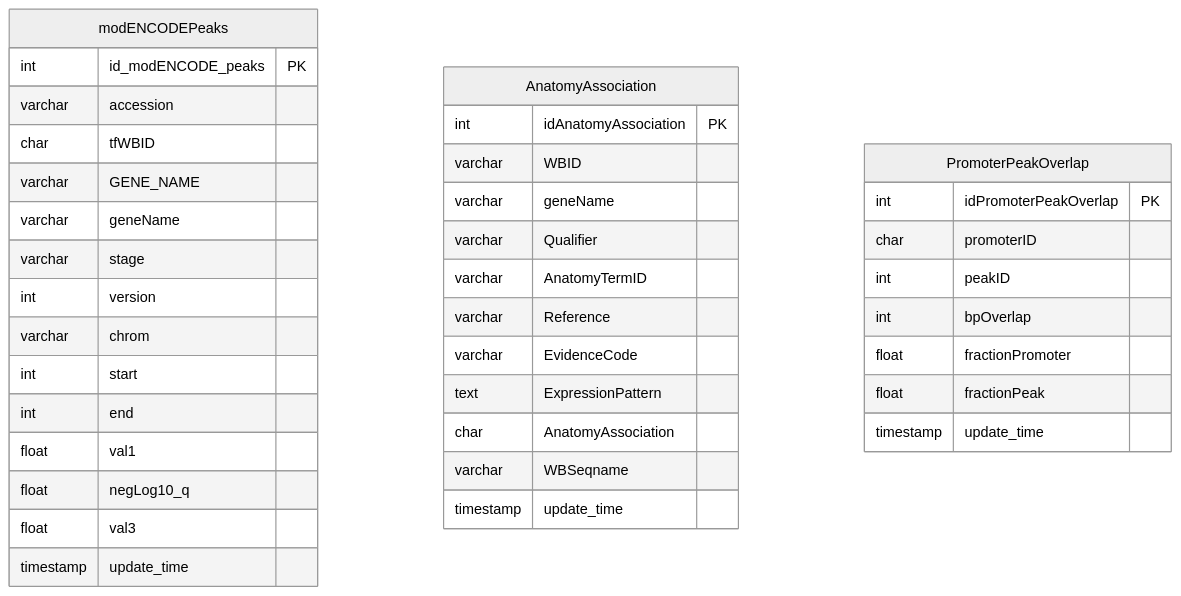
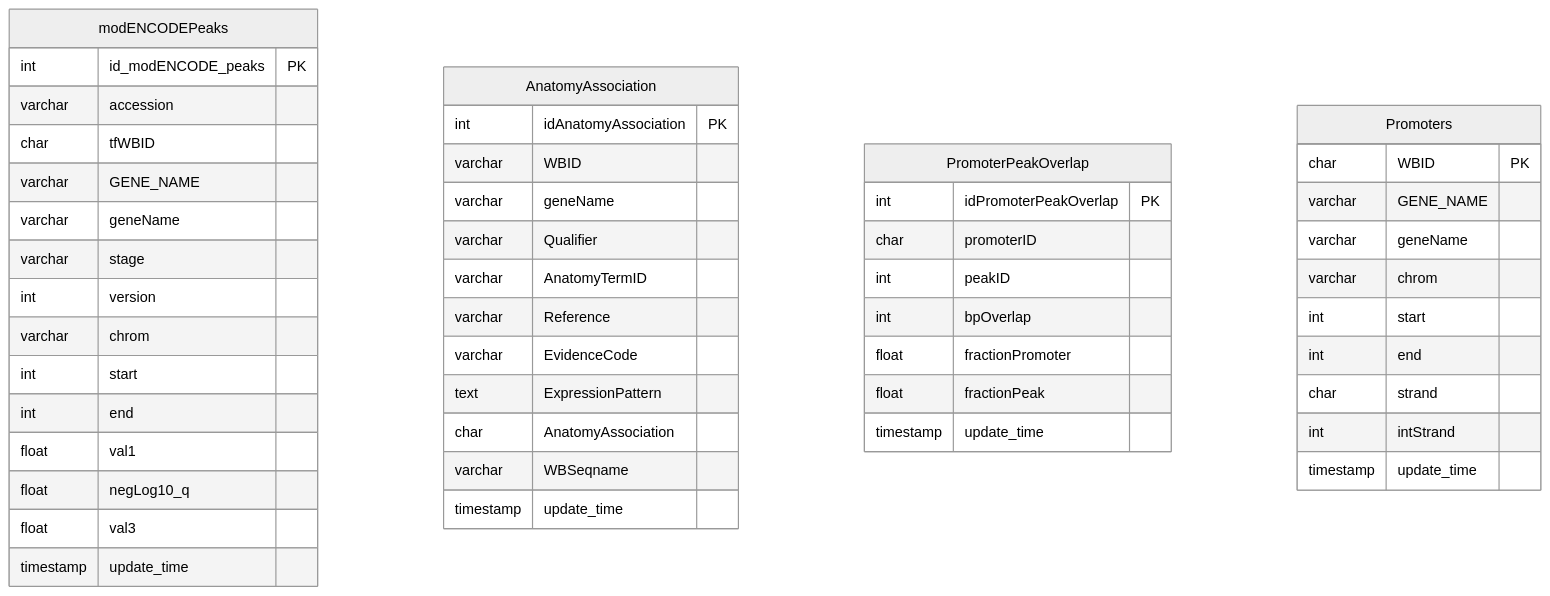
One commit to meekrob/OnishRDB changed the fourth of 4 diagrams in README.md. Above: the diagram before and after it, drawn with Mermaid (neutral theme).

````diff
--- a/README.md
+++ b/README.md
@@ -273,44 +273,57 @@
 ```mermaid
 erDiagram
 
 modENCODEPeaks {
 int id_modENCODE_peaks PK
 varchar accession 
 char tfWBID 
 varchar GENE_NAME 
 varchar geneName 
 varchar stage 
 int version 
 varchar chrom 
 int start 
 int end 
 float val1 
 float negLog10_q 
 float val3 
 timestamp update_time 
 }
 
 AnatomyAssociation {
 int idAnatomyAssociation PK
 varchar WBID 
 varchar geneName 
 varchar Qualifier 
 varchar AnatomyTermID 
 varchar Reference 
 varchar EvidenceCode 
 text ExpressionPattern 
 char AnatomyAssociation 
 varchar WBSeqname 
 timestamp update_time 
 }
 
 PromoterPeakOverlap {
 int idPromoterPeakOverlap PK
 char promoterID 
 int peakID
 int bpOverlap 
 float fractionPromoter 
 float fractionPeak 
 timestamp update_time 
 }
+
+Promoters {
+char WBID PK
+varchar GENE_NAME 
+varchar geneName 
+varchar chrom 
+int start 
+int end 
+char strand 
+int intStrand 
+timestamp update_time 
+}
+
 ```
````
